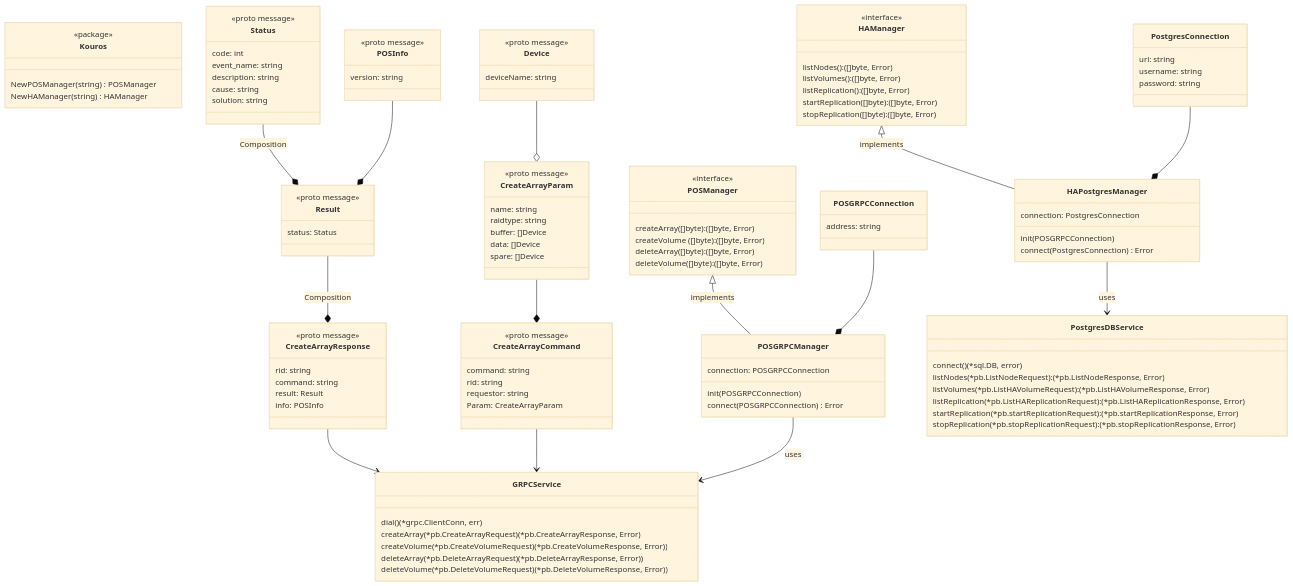
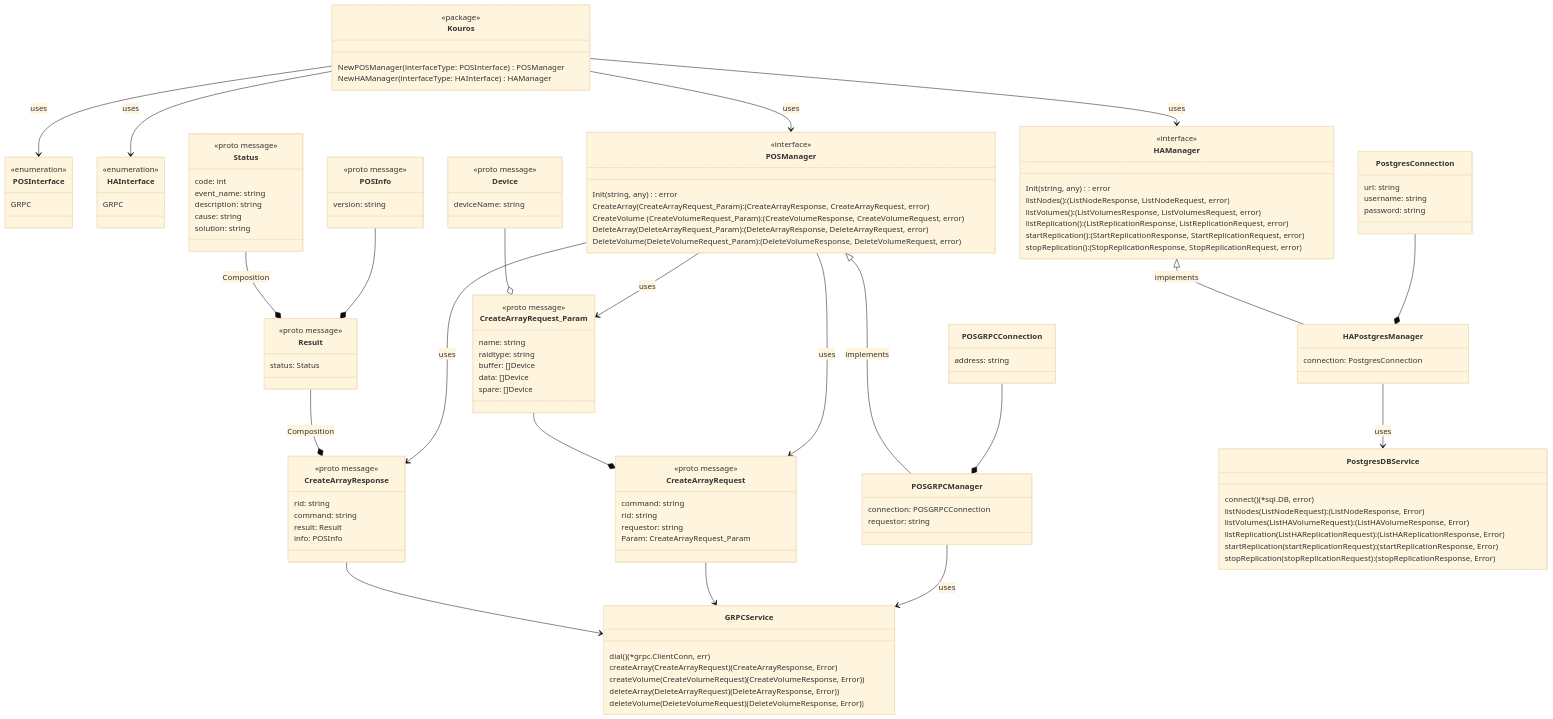
The diagram in doc/designs/kouros_class_diagram.md (poseidonos/poseidonos), drawn with Mermaid (base theme) before and after one commit. The commit also changed other lines of this file, not shown here.

Commit message:
Kouros Latest Design updated Updated Kouros design to return the Request along with response

````diff
--- a/doc/designs/kouros_class_diagram.md
+++ b/doc/designs/kouros_class_diagram.md
@@ -1,35 +1,42 @@
 ```mermaid
 classDiagram
+    class POSInterface {
+        <<enumeration>>
+        GRPC
+    }
+    class HAInterface {
+        <<enumeration>>
+        GRPC
+    }
     class Kouros {
         <<package>>
-        NewPOSManager(string) POSManager
-        NewHAManager(string) HAManager
+        NewPOSManager(interfaceType: POSInterface) POSManager
+        NewHAManager(interfaceType: HAInterface) HAManager
     }
     class POSManager {
         <<interface>>
-        createArray([]byte): ([]byte, Error)
-        createVolume ([]byte): ([]byte, Error)
-        deleteArray([]byte): ([]byte, Error)
-        deleteVolume([]byte): ([]byte, Error)
+        Init(string, any): error
+        CreateArray(CreateArrayRequest_Param): (CreateArrayResponse, CreateArrayRequest, error)
+        CreateVolume (CreateVolumeRequest_Param): (CreateVolumeResponse, CreateVolumeRequest, error)
+        DeleteArray(DeleteArrayRequest_Param): (DeleteArrayResponse, DeleteArrayRequest, error)
+        DeleteVolume(DeleteVolumeRequest_Param): (DeleteVolumeResponse, DeleteVolumeRequest, error)
     }
     class HAManager {
         <<interface>>
-        listNodes(): ([]byte, Error)
-        listVolumes(): ([]byte, Error)
-        listReplication(): ([]byte, Error)
-        startReplication([]byte): ([]byte, Error)
-        stopReplication([]byte): ([]byte, Error)
+        Init(string, any): error
+        listNodes(): (ListNodeResponse, ListNodeRequest, error)
+        listVolumes(): (ListVolumesResponse, ListVolumesRequest, error)
+        listReplication(): (ListReplicationResponse, ListReplicationRequest, error)
+        startReplication(): (StartReplicationResponse, StartReplicationRequest, error)
+        stopReplication(): (StopReplicationResponse, StopReplicationRequest, error)
     }
     class POSGRPCManager {
         connection: POSGRPCConnection
-        init(POSGRPCConnection)
-        connect(POSGRPCConnection) Error
+        requestor: string
     }
 
     class HAPostgresManager {
         connection: PostgresConnection
-        init(POSGRPCConnection)
-        connect(PostgresConnection) Error
     }
     class CreateArrayResponse {
         <<proto message>>
@@ -54,14 +61,14 @@
         cause: string
         solution: string
     }
-    class CreateArrayCommand {
+    class CreateArrayRequest {
         <<proto message>>
         command: string
         rid: string
         requestor: string
-        Param: CreateArrayParam
+        Param: CreateArrayRequest_Param
     }
-    class CreateArrayParam {
+    class CreateArrayRequest_Param {
         <<proto message>>
         name: string
         raidtype: string
@@ -86,19 +93,19 @@
 
     class GRPCService {
         dial() (*grpc.ClientConn, err)
-        createArray(*pb.CreateArrayRequest) (*pb.CreateArrayResponse, Error)
-        createVolume(*pb.CreateVolumeRequest) (*pb.CreateVolumeResponse, Error))
-        deleteArray(*pb.DeleteArrayRequest) (*pb.DeleteArrayResponse, Error))
-        deleteVolume(*pb.DeleteVolumeRequest) (*pb.DeleteVolumeResponse, Error))
+        createArray(CreateArrayRequest) (CreateArrayResponse, Error)
+        createVolume(CreateVolumeRequest) (CreateVolumeResponse, Error))
+        deleteArray(DeleteArrayRequest) (DeleteArrayResponse, Error))
+        deleteVolume(DeleteVolumeRequest) (DeleteVolumeResponse, Error))
     }
 
     class PostgresDBService {
         connect() (*sql.DB, error)
-        listNodes(*pb.ListNodeRequest): (*pb.ListNodeResponse, Error)
-        listVolumes(*pb.ListHAVolumeRequest): (*pb.ListHAVolumeResponse, Error)
-        listReplication(*pb.ListHAReplicationRequest): (*pb.ListHAReplicationResponse, Error)
-        startReplication(*pb.startReplicationRequest): (*pb.startReplicationResponse, Error)
-        stopReplication(*pb.stopReplicationRequest): (*pb.stopReplicationResponse, Error)
+        listNodes(ListNodeRequest): (ListNodeResponse, Error)
+        listVolumes(ListHAVolumeRequest): (ListHAVolumeResponse, Error)
+        listReplication(ListHAReplicationRequest): (ListHAReplicationResponse, Error)
+        startReplication(startReplicationRequest): (startReplicationResponse, Error)
+        stopReplication(stopReplicationRequest): (stopReplicationResponse, Error)
     }
 
 
@@ -108,12 +115,19 @@
     Status --* Result : Composition
     Result --* CreateArrayResponse : Composition
     CreateArrayResponse --> GRPCService
-    Device --o CreateArrayParam
-    CreateArrayParam --* CreateArrayCommand
+    Device --o CreateArrayRequest_Param
+    CreateArrayRequest_Param --* CreateArrayRequest
     POSInfo --* Result
-    CreateArrayCommand --> GRPCService
+    CreateArrayRequest --> GRPCService
     POSGRPCConnection --* POSGRPCManager
     PostgresConnection --* HAPostgresManager
     POSGRPCManager --> GRPCService : uses
     HAPostgresManager --> PostgresDBService : uses
+    POSManager --> CreateArrayRequest_Param : uses
+    POSManager --> CreateArrayRequest : uses
+    POSManager --> CreateArrayResponse : uses
+    Kouros --> POSInterface : uses
+    Kouros --> HAInterface : uses
+    Kouros --> POSManager : uses
+    Kouros --> HAManager : uses
 ```
````
